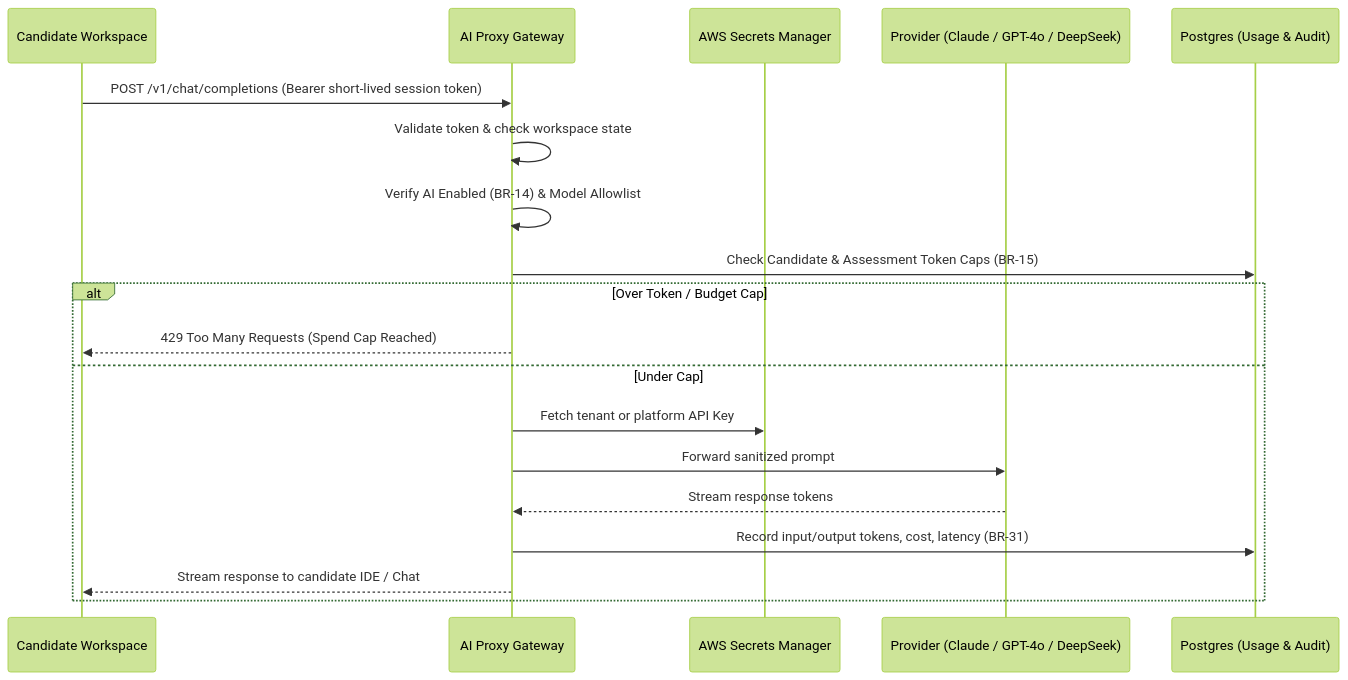
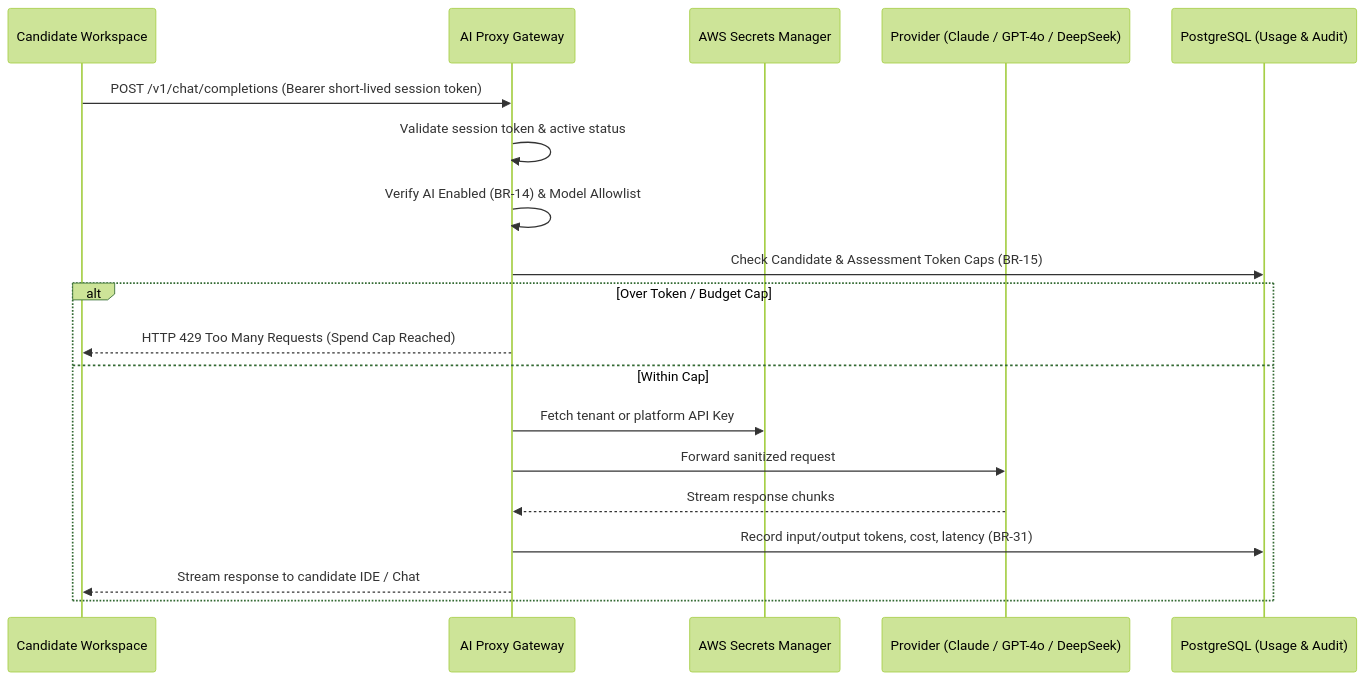
The second of 2 diagrams in apps/docs/content/docs/roles/ai.mdx (infinitica-org/hellosmart), drawn with Mermaid (forest theme) before and after one commit. The commit also changed other lines of this file and 6 other files, not shown here.

````diff
--- a/apps/docs/content/docs/roles/ai.mdx
+++ b/apps/docs/content/docs/roles/ai.mdx
@@ -73,23 +74,23 @@
 ```mermaid
 sequenceDiagram
     participant Candidate as Candidate Workspace
     participant Proxy as AI Proxy Gateway
     participant Vault as AWS Secrets Manager
     participant LLM as Provider (Claude / GPT-4o / DeepSeek)
-    participant DB as Postgres (Usage & Audit)
+    participant DB as PostgreSQL (Usage & Audit)
 
     Candidate->>Proxy: POST /v1/chat/completions (Bearer short-lived session token)
-    Proxy->>Proxy: Validate token & check workspace state
+    Proxy->>Proxy: Validate session token & active status
     Proxy->>Proxy: Verify AI Enabled (BR-14) & Model Allowlist
     Proxy->>DB: Check Candidate & Assessment Token Caps (BR-15)
     
     alt Over Token / Budget Cap
-        Proxy-->>Candidate: 429 Too Many Requests (Spend Cap Reached)
-    else Under Cap
+        Proxy-->>Candidate: HTTP 429 Too Many Requests (Spend Cap Reached)
+    else Within Cap
         Proxy->>Vault: Fetch tenant or platform API Key
-        Proxy->>LLM: Forward sanitized prompt
-        LLM-->>Proxy: Stream response tokens
+        Proxy->>LLM: Forward sanitized request
+        LLM-->>Proxy: Stream response chunks
         Proxy->>DB: Record input/output tokens, cost, latency (BR-31)
         Proxy-->>Candidate: Stream response to candidate IDE / Chat
     end
 ```
````
